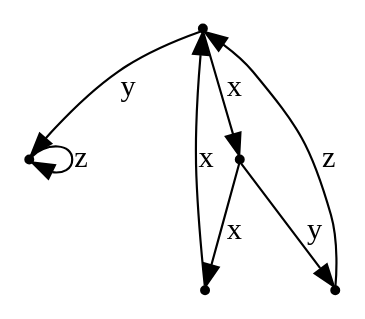
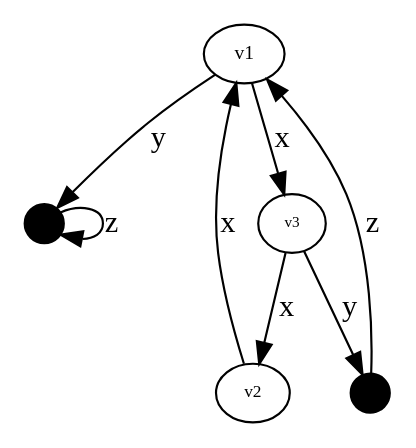
The diagram in python/liza.gv (AndrewDuncan/Doublecoset), drawn with Graphviz before and after one commit. The commit also changed 19 other files, not shown here.

```diff
--- a/python/liza.gv
+++ b/python/liza.gv
@@ -1,14 +1,15 @@
-digraph "liza" {
-"Gv1" [shape=point];
+digraph liza {
+node[width=.25,height=.375,fontsize=9];
+"Gv1" [width=.25,height=.375,fontsize=9,label="v1"];
 "Gv1" -> "Gv5" [label="y"];
 "Gv1" -> "Gv3" [label="x"];
-"Gv2" [shape=point];
+"Gv2" [fontsize=8,label="v2"];
 "Gv2" -> "Gv1" [label="x"];
-"Gv3" [shape=point];
+"Gv3" [fontsize=7,label="v3"];
 "Gv3" -> "Gv4" [label="y"];
 "Gv3" -> "Gv2" [label="x"];
 "Gv4" [shape=point];
 "Gv4" -> "Gv1" [label="z"];
 "Gv5" [shape=point];
 "Gv5" -> "Gv5" [label="z"];
 }
```
